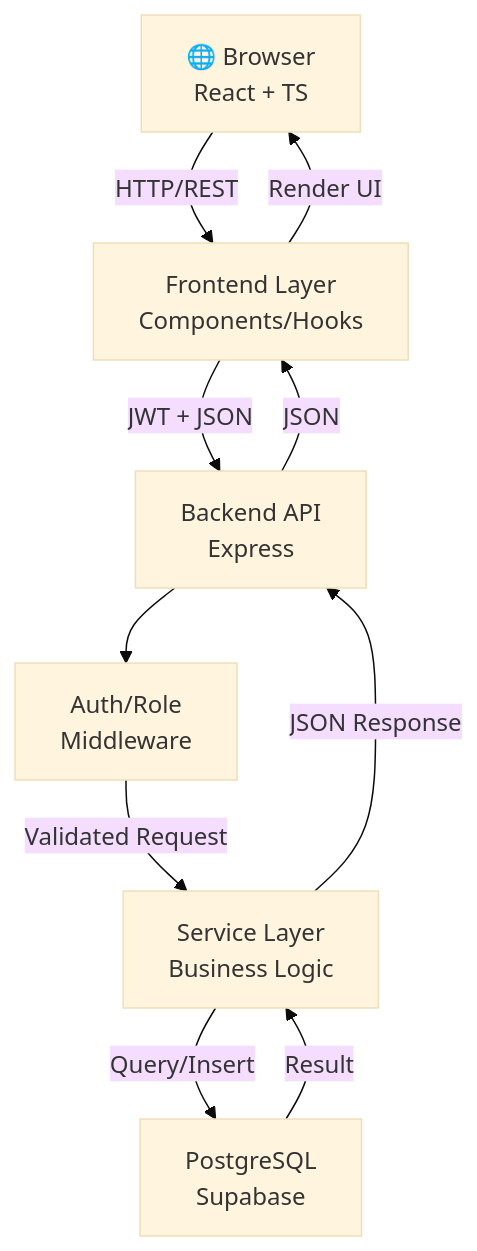
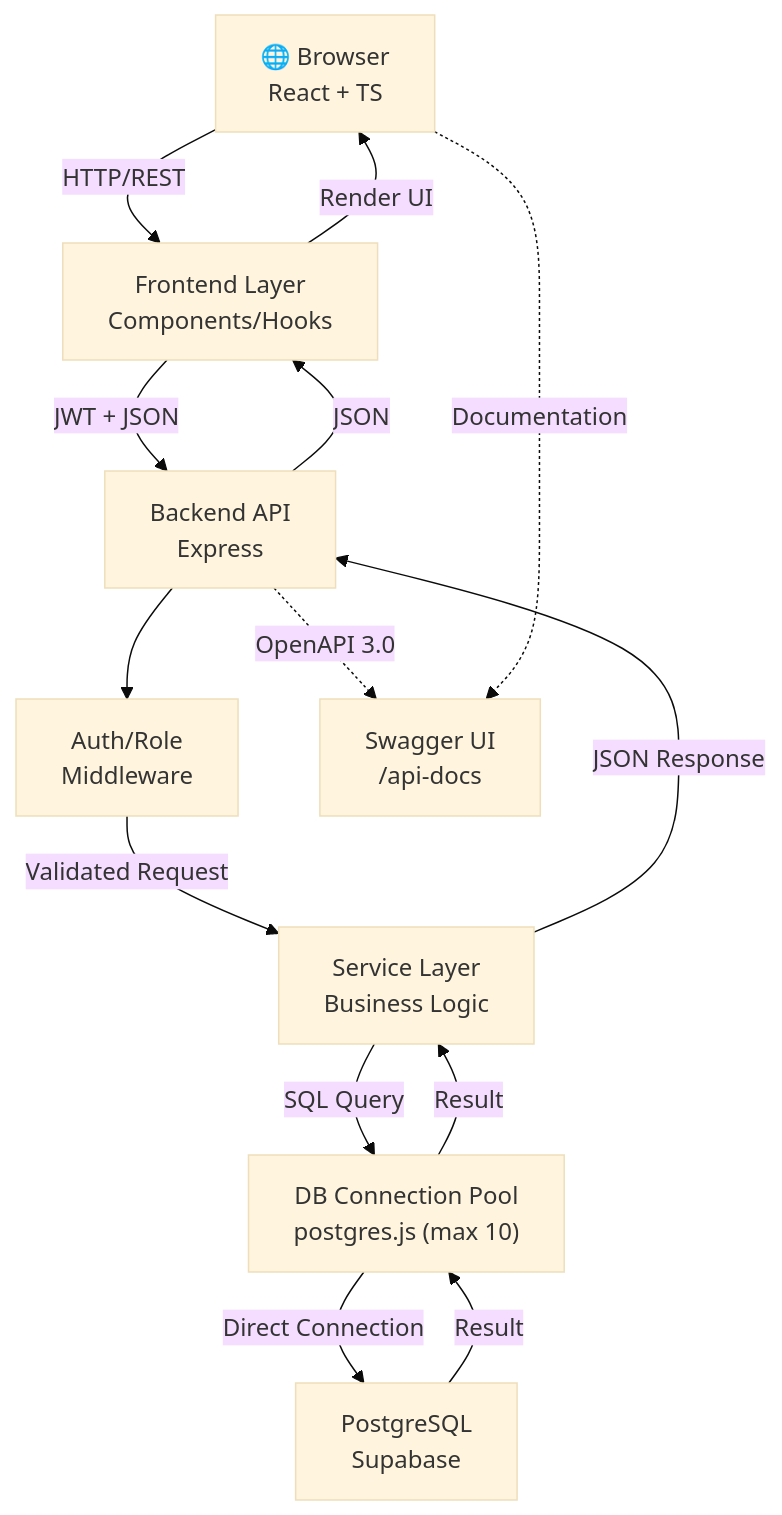
The first of 5 diagrams in docs/5-arch-diagram.md (stepanowon/budget-book), drawn with Mermaid (base theme) before and after one commit. The commit also changed other lines of this file and 92 other files, not shown here.

````diff
--- a/docs/5-arch-diagram.md
+++ b/docs/5-arch-diagram.md
@@ -25,19 +25,25 @@
 ```mermaid
 flowchart TB
     Browser["🌐 Browser<br/>React + TS"]
     FE["Frontend Layer<br/>Components/Hooks"]
     API["Backend API<br/>Express"]
     Middleware["Auth/Role<br/>Middleware"]
     Service["Service Layer<br/>Business Logic"]
+    DBPool["DB Connection Pool<br/>postgres.js (max 10)"]
     DB["PostgreSQL<br/>Supabase"]
+    Swagger["Swagger UI<br/>/api-docs"]
 
     Browser -->|HTTP/REST| FE
     FE -->|JWT + JSON| API
     API --> Middleware
     Middleware -->|Validated Request| Service
-    Service -->|Query/Insert| DB
-    DB -->|Result| Service
+    Service -->|SQL Query| DBPool
+    DBPool -->|Direct Connection| DB
+    DB -->|Result| DBPool
+    DBPool -->|Result| Service
     Service -->|JSON Response| API
     API -->|JSON| FE
     FE -->|Render UI| Browser
+    API -.->|OpenAPI 3.0| Swagger
+    Browser -.->|Documentation| Swagger
 ```
````
